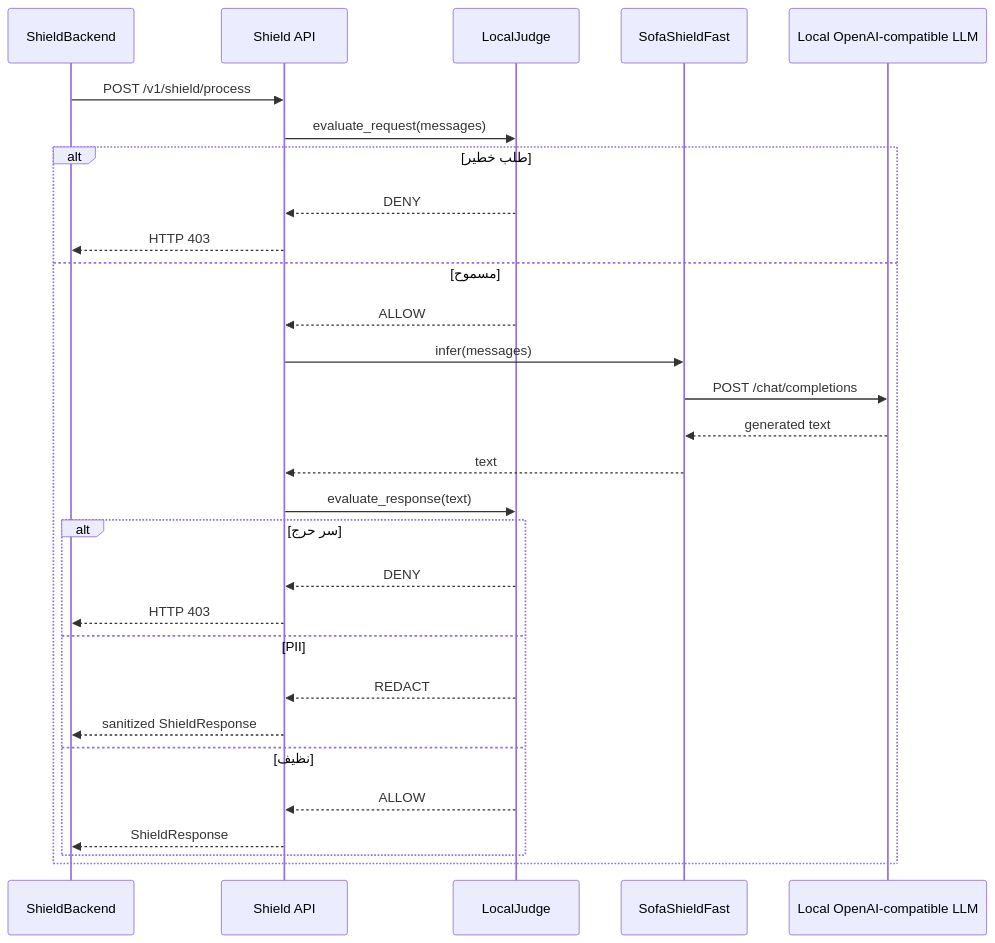
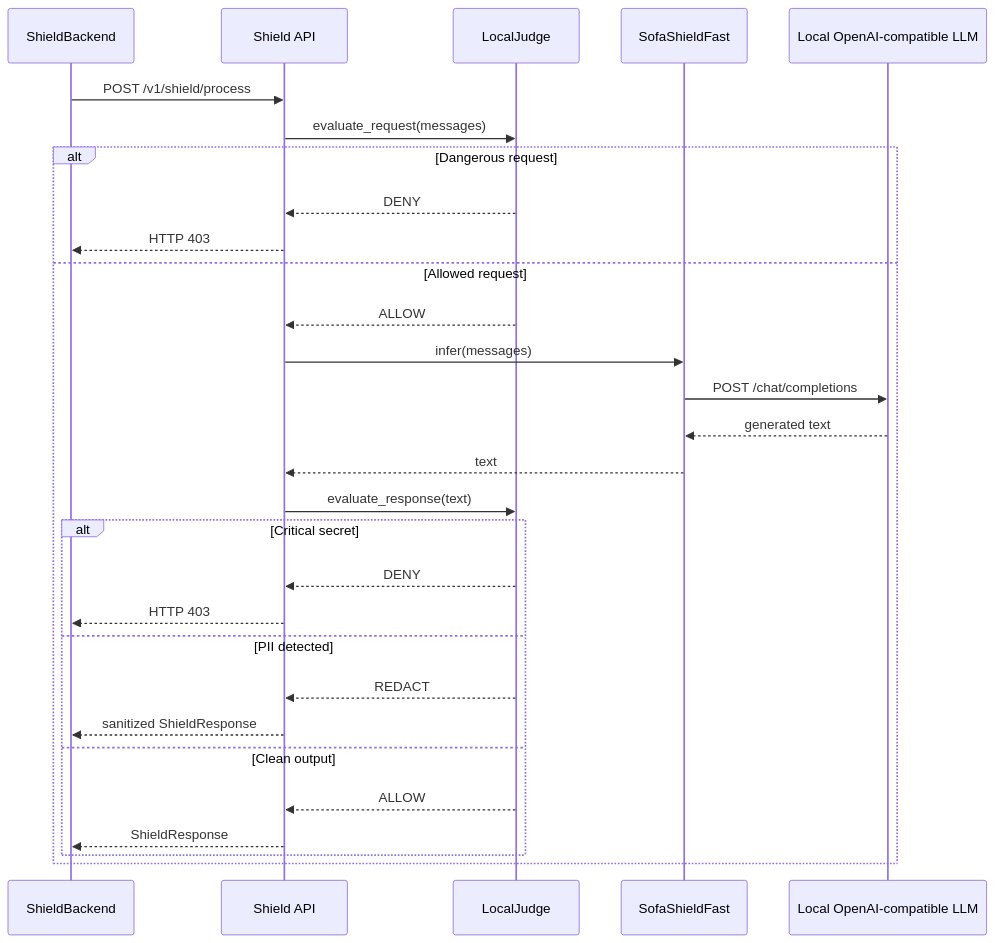
Before and after one commit to Bashar-1216/Classifiers-: the third of 3 diagrams in README.md, drawn with Mermaid. The commit also changed other lines of this file, not shown here.

````diff
--- a/README.md
+++ b/README.md
@@ -161,32 +191,34 @@
 ```mermaid
 sequenceDiagram
     participant G as ShieldBackend
     participant A as Shield API
     participant J as LocalJudge
     participant F as SofaShieldFast
     participant L as Local OpenAI-compatible LLM
 
     G->>A: POST /v1/shield/process
     A->>J: evaluate_request(messages)
-    alt طلب خطير
+
+    alt Dangerous request
         J-->>A: DENY
         A-->>G: HTTP 403
-    else مسموح
+    else Allowed request
         J-->>A: ALLOW
         A->>F: infer(messages)
         F->>L: POST /chat/completions
         L-->>F: generated text
         F-->>A: text
         A->>J: evaluate_response(text)
-        alt سر حرج
+
+        alt Critical secret
             J-->>A: DENY
             A-->>G: HTTP 403
-        else PII
+        else PII detected
             J-->>A: REDACT
             A-->>G: sanitized ShieldResponse
-        else نظيف
+        else Clean output
             J-->>A: ALLOW
             A-->>G: ShieldResponse
         end
     end
 ```
````
